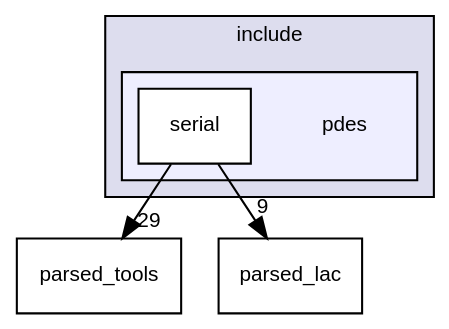
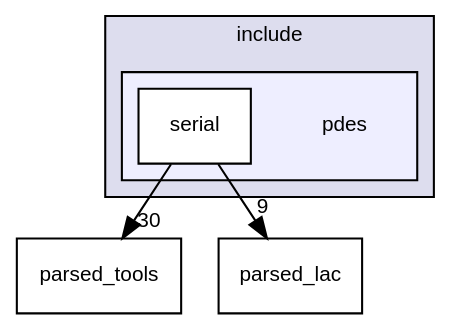
The diagram in dir_60faf9a10d52b04582224b9116454383_dep.dot (luca-heltai/fsi-suite), drawn with Graphviz before and after one commit. The commit also changed 605 other files, not shown here.

```diff
--- a/dir_60faf9a10d52b04582224b9116454383_dep.dot
+++ b/dir_60faf9a10d52b04582224b9116454383_dep.dot
@@ -1,18 +1,18 @@
 digraph "include/pdes" {
   bgcolor=transparent;
   compound=true
   node [ fontsize="10", fontname="Helvetica"];
   edge [ labelfontsize="10", labelfontname="Helvetica"];
   subgraph clusterdir_d44c64559bbebec7f509842c48db8b23 {
     graph [ bgcolor="#ddddee", pencolor="black", label="include" fontname="Helvetica", fontsize="10", URL="dir_d44c64559bbebec7f509842c48db8b23.html"]
   subgraph clusterdir_60faf9a10d52b04582224b9116454383 {
     graph [ bgcolor="#eeeeff", pencolor="black", label="" URL="dir_60faf9a10d52b04582224b9116454383.html"];
     dir_60faf9a10d52b04582224b9116454383 [shape=plaintext label="pdes"];
     dir_0d1c0d82d2331d1d942d7c7f0084aeb2 [shape=box label="serial" color="black" fillcolor="white" style="filled" URL="dir_0d1c0d82d2331d1d942d7c7f0084aeb2.html"];
   }
   }
   dir_8e8448d9aef603b86753e7cb911804a9 [shape=box label="parsed_tools" URL="dir_8e8448d9aef603b86753e7cb911804a9.html"];
   dir_65593bf93f1e4428cc81baf4bb94349f [shape=box label="parsed_lac" URL="dir_65593bf93f1e4428cc81baf4bb94349f.html"];
-  dir_0d1c0d82d2331d1d942d7c7f0084aeb2->dir_8e8448d9aef603b86753e7cb911804a9 [headlabel="29", labeldistance=1.5 headhref="dir_000006_000004.html"];
+  dir_0d1c0d82d2331d1d942d7c7f0084aeb2->dir_8e8448d9aef603b86753e7cb911804a9 [headlabel="30", labeldistance=1.5 headhref="dir_000006_000004.html"];
   dir_0d1c0d82d2331d1d942d7c7f0084aeb2->dir_65593bf93f1e4428cc81baf4bb94349f [headlabel="9", labeldistance=1.5 headhref="dir_000006_000003.html"];
 }
```
